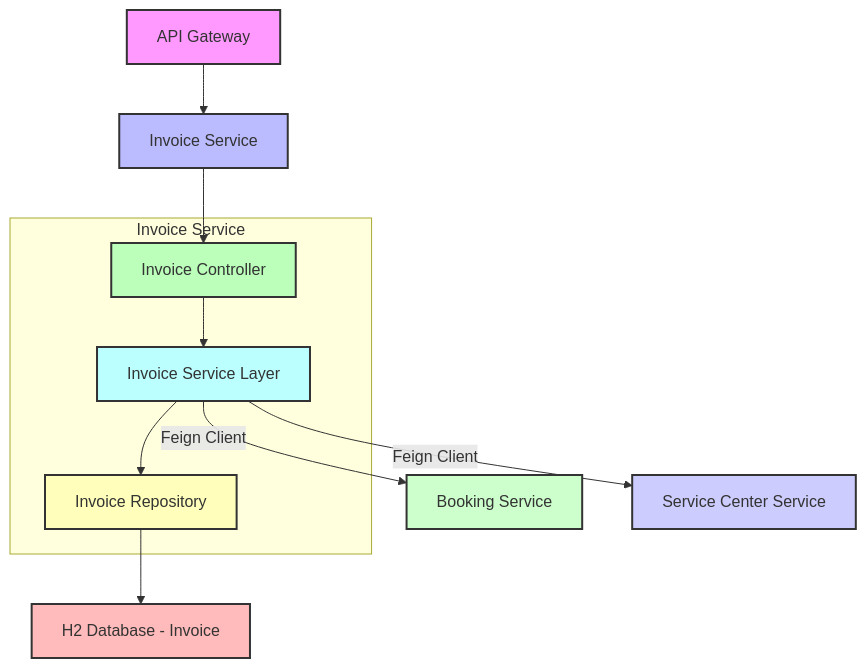
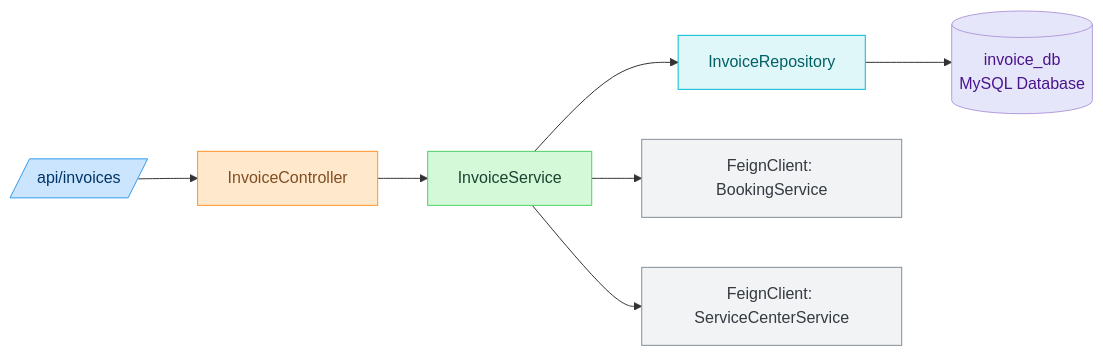
The first of 3 diagrams in Invoice_and_Billing.md (rajshinde-cognizant/JAVA-FSE-PROJECT), drawn with Mermaid before and after one commit. The commit also changed other lines of this file, not shown here.

````diff
--- a/Invoice_and_Billing.md
+++ b/Invoice_and_Billing.md
@@ -22,27 +83,24 @@
 ```mermaid
- graph TD
+flowchart LR
+  A[/api/invoices/] --> B[InvoiceController]
+  B --> C[InvoiceService]
+  C --> D[InvoiceRepository]
+  D --> E[(invoice_db<br>MySQL Database)]
+  C --> F[FeignClient: BookingService]
+  C --> G[FeignClient: ServiceCenterService]
 
-    style A fill:#f9f,stroke:#333,stroke-width:2px
-    style B fill:#bbf,stroke:#333,stroke-width:2px
-    style C fill:#bfb,stroke:#333,stroke-width:2px
-    style D fill:#bff,stroke:#333,stroke-width:2px
-    style E fill:#ffb,stroke:#333,stroke-width:2px
-    style F fill:#fbb,stroke:#333,stroke-width:2px
-    style G fill:#cfc,stroke:#333,stroke-width:2px
-    style H fill:#ccf,stroke:#333,stroke-width:2px
+  %% Color Scheme Styling
+  classDef endpoint fill:#cce5ff,stroke:#339af0,color:#003566
+  classDef controller fill:#ffe8cc,stroke:#ff922b,color:#7f4f24
+  classDef service fill:#d3f9d8,stroke:#51cf66,color:#1b4332
+  classDef repository fill:#e0f7fa,stroke:#00bcd4,color:#006064
+  classDef database fill:#e6e6fa,stroke:#b39ddb,color:#4a148c
+  classDef feign fill:#f1f3f5,stroke:#868e96,color:#343a40
 
-
-    A[API Gateway] --> B[Invoice Service]
-    B --> C[Invoice Controller]
-    C --> D[Invoice Service Layer]
-    D --> E[Invoice Repository]
-    E --> F[H2 Database - Invoice]
-    D -- Feign Client --> G[Booking Service]
-    D -- Feign Client --> H[Service Center Service]
-
-    subgraph Invoice Service
-        C
-        D
-        E
-    end
+  class A endpoint
+  class B controller
+  class C service
+  class D repository
+  class E database
+  class F,G feign
 ```
````
